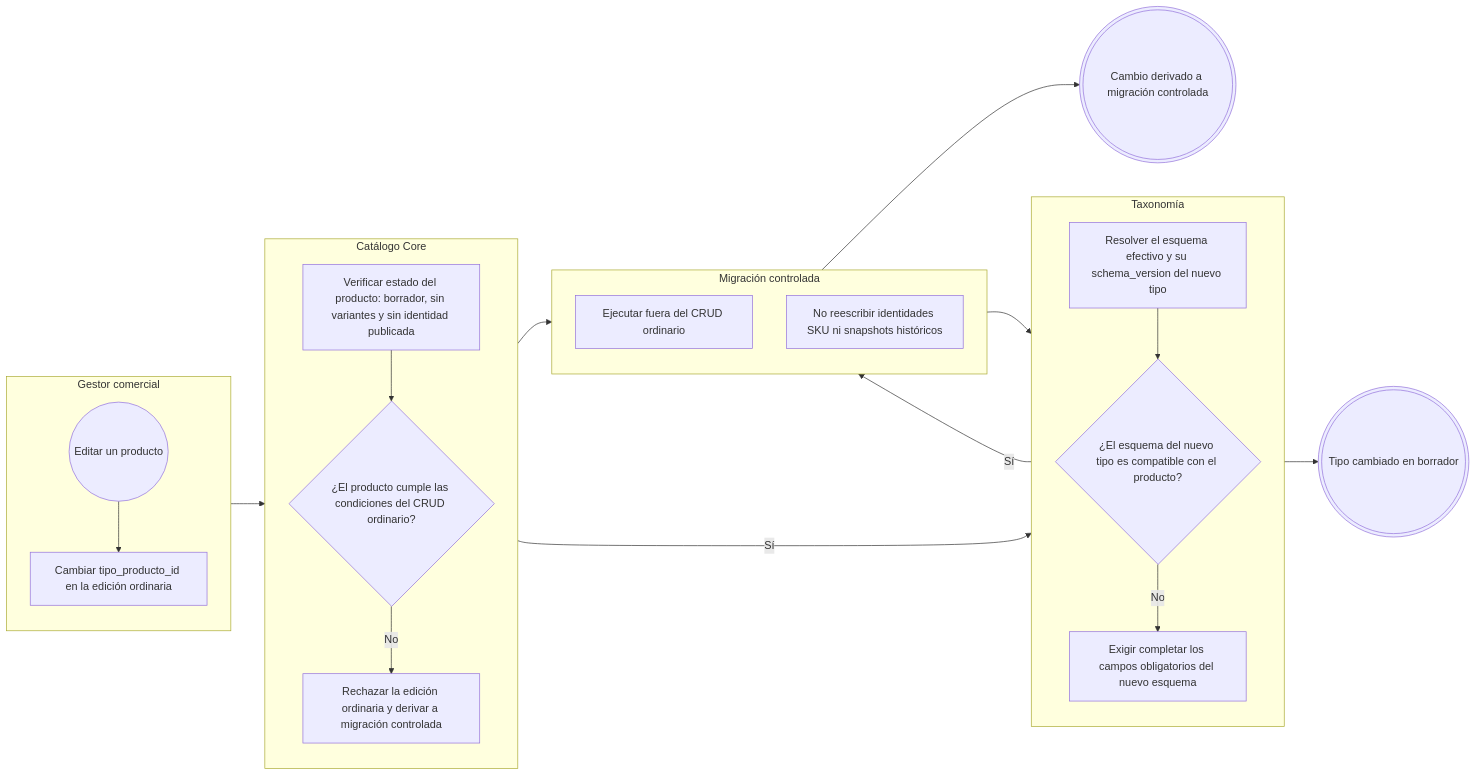
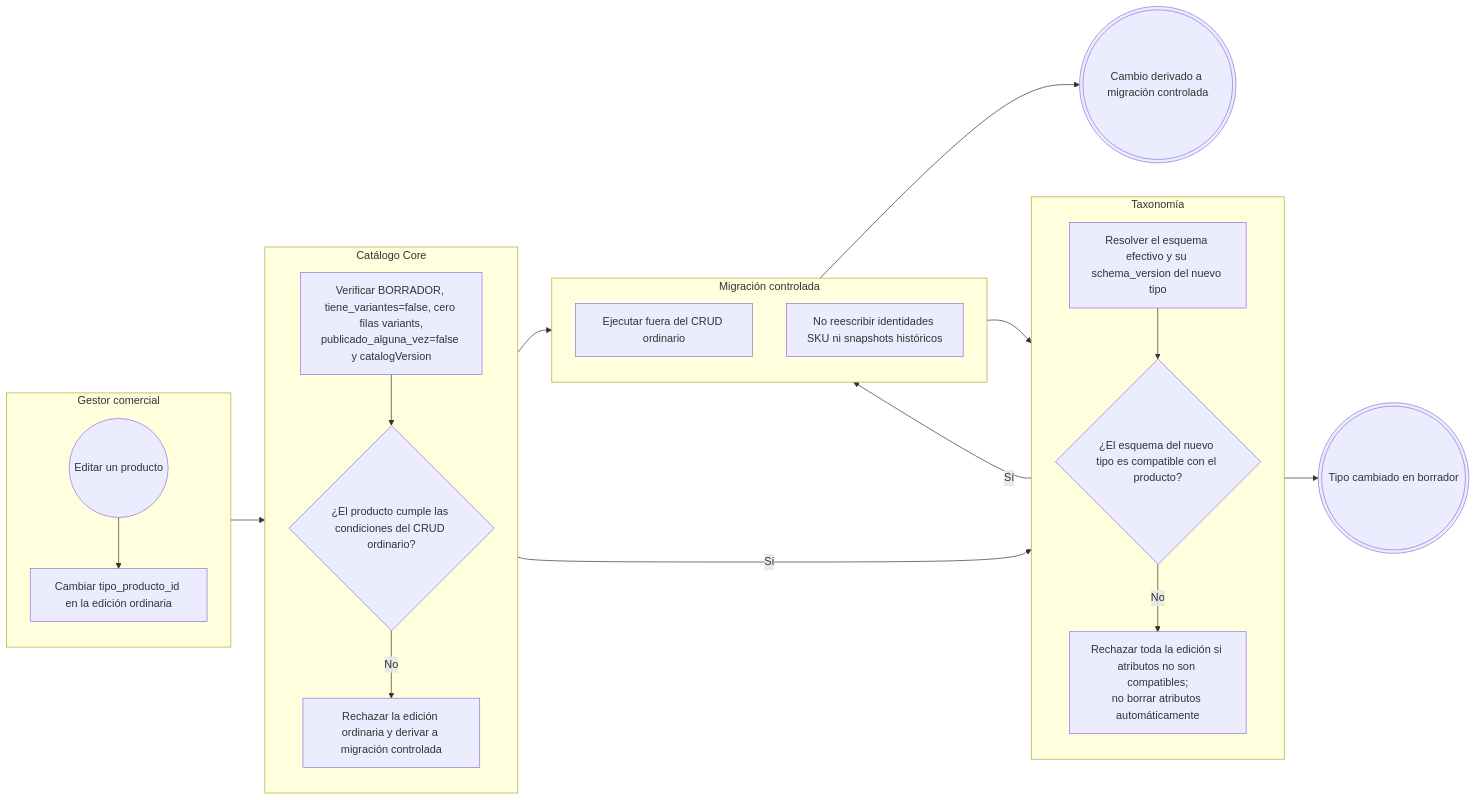
Before and after one commit to Taller-SW-Web/G6-Productos-Ofertas-docs: the seventh of 7 diagrams in requisitos/flujos/FLOW-010-asociacion-tipo-producto-caracteristica.md, drawn with Mermaid. The commit also changed other lines of this file and 25 other files, not shown here.

````diff
--- a/requisitos/flujos/FLOW-010-asociacion-tipo-producto-caracteristica.md
+++ b/requisitos/flujos/FLOW-010-asociacion-tipo-producto-caracteristica.md
@@ -285,45 +285,45 @@
 ```mermaid
 flowchart LR
 
     subgraph GESTOR["Gestor comercial"]
         direction TB
         INICIO((Editar un producto))
         G1["Cambiar tipo_producto_id en la edición ordinaria"]
     end
 
     subgraph CATALOGO["Catálogo Core"]
         direction TB
-        C1["Verificar estado del producto: borrador, sin variantes y sin identidad publicada"]
+        C1["Verificar BORRADOR, tiene_variantes=false, cero filas variants,<br/>publicado_alguna_vez=false y catalogVersion"]
         D1{"¿El producto cumple las condiciones del CRUD ordinario?"}
         C2["Rechazar la edición ordinaria y derivar a migración controlada"]
     end
 
     subgraph TAXONOMIA["Taxonomía"]
         direction TB
         T1["Resolver el esquema efectivo y su schema_version del nuevo tipo"]
         D2{"¿El esquema del nuevo tipo es compatible con el producto?"}
-        T2["Exigir completar los campos obligatorios del nuevo esquema"]
+        T2["Rechazar toda la edición si atributos no son compatibles;<br/>no borrar atributos automáticamente"]
     end
 
     subgraph MIGRACION["Migración controlada"]
         direction TB
         M1["Ejecutar fuera del CRUD ordinario"]
         M2["No reescribir identidades SKU ni snapshots históricos"]
     end
 
     FIN_ORDINARIO(((Tipo cambiado en borrador)))
     FIN_MIGRACION(((Cambio derivado a migración controlada)))
 
     INICIO --> G1
     G1 --> C1
     C1 --> D1
     D1 -->|"No"| C2
     C2 --> M1
     M1 --> T1
     T1 --> D2
     D2 -->|"Sí"| M2
     M2 --> FIN_MIGRACION
     D2 -->|"No"| T2
     D1 -->|"Sí"| T1
     T2 --> FIN_ORDINARIO
 ```
````
